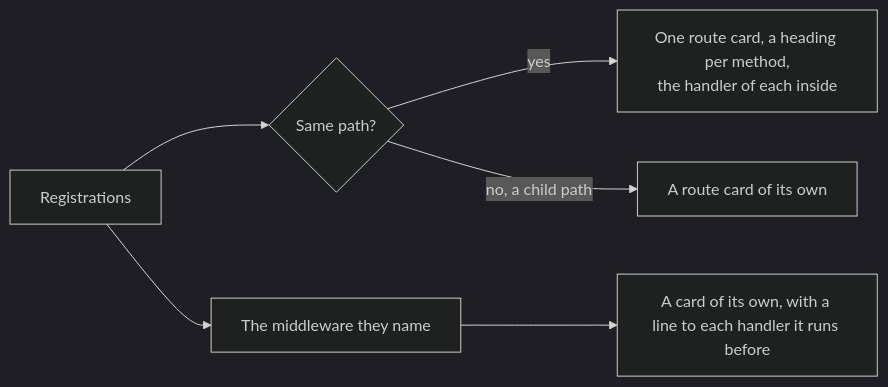
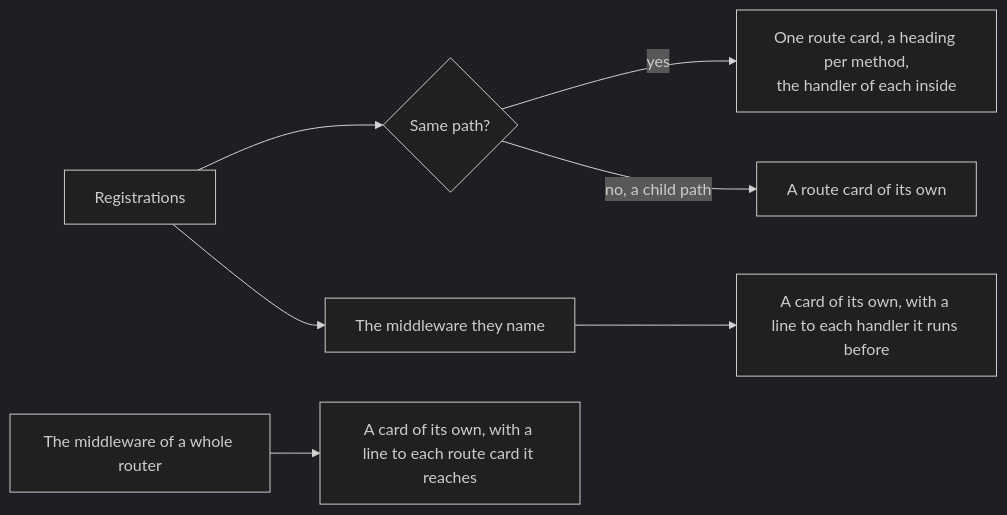
The second of 2 diagrams in docs/vocabulary/journey-flow-diagram/route-card.md (kidlat-dakila/flight-plan), drawn with Mermaid (dark theme) before and after one commit. The commit also changed other lines of this file and 54 other files, not shown here.

Commit message:
feat: draw each kind of code as its own Journey Flow card, and place routes below their mounts across files

````diff
--- a/docs/vocabulary/journey-flow-diagram/route-card.md
+++ b/docs/vocabulary/journey-flow-diagram/route-card.md
@@ -120,7 +92,8 @@
 ```mermaid
 flowchart LR
   r["Registrations"] --> path{"Same path?"}
   path -- yes --> one["One route card, a heading per method,<br/>the handler of each inside"]
   path -- "no, a child path" --> own["A route card of its own"]
   r --> mw["The middleware they name"] --> card["A card of its own, with a line to each handler it runs before"]
+  app["The middleware of a whole router"] --> appCard["A card of its own, with a line to each route card it reaches"]
 ```
````
